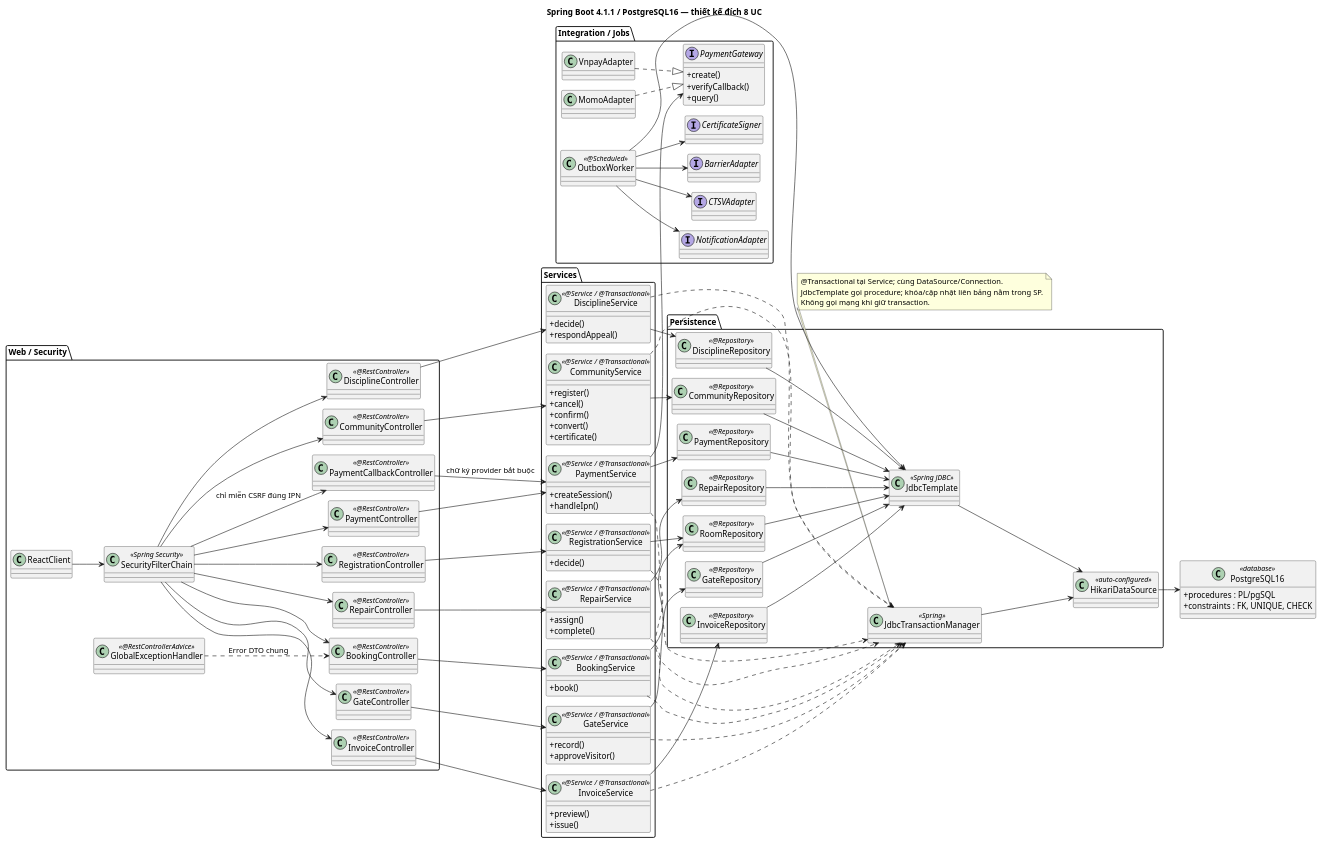
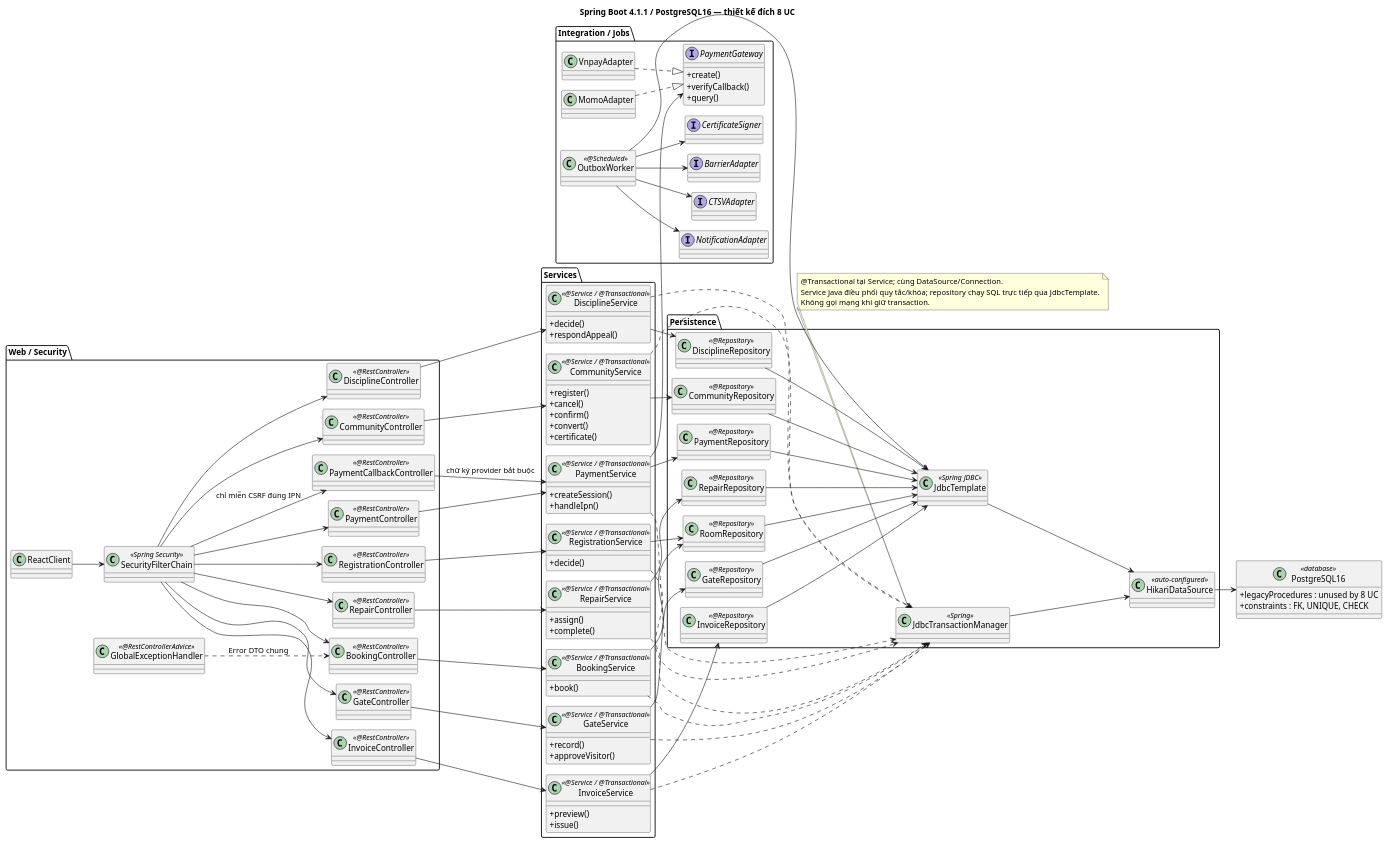
Before and after one commit to caohoangphucs/hoc-cnpm: the diagram in docs/demo/class-diagrams/architecture.puml, drawn with PlantUML. The commit also changed 49 other files, not shown here.

```diff
--- a/docs/demo/class-diagrams/architecture.puml
+++ b/docs/demo/class-diagrams/architecture.puml
@@ -1,144 +1,144 @@
 @startuml
 !pragma layout smetana
 skinparam classAttributeIconSize 0
 left to right direction
 title Spring Boot 4.1.1 / PostgreSQL16 — thiết kế đích 8 UC
 package "Web / Security" {
  class ReactClient
  class SecurityFilterChain <<Spring Security>>
  class GlobalExceptionHandler <<@RestControllerAdvice>>
  class BookingController <<@RestController>>
  class RegistrationController <<@RestController>>
  class InvoiceController <<@RestController>>
  class PaymentController <<@RestController>>
  class RepairController <<@RestController>>
  class GateController <<@RestController>>
  class DisciplineController <<@RestController>>
  class CommunityController <<@RestController>>
  class PaymentCallbackController <<@RestController>>
 }
 package "Services" {
  class BookingService <<@Service / @Transactional>> {
  +book()
 }
  class RegistrationService <<@Service / @Transactional>> {
  +decide()
 }
  class InvoiceService <<@Service / @Transactional>> {
  +preview()
  +issue()
 }
  class PaymentService <<@Service / @Transactional>> {
  +createSession()
  +handleIpn()
 }
  class RepairService <<@Service / @Transactional>> {
  +assign()
  +complete()
 }
  class GateService <<@Service / @Transactional>> {
  +record()
  +approveVisitor()
 }
  class DisciplineService <<@Service / @Transactional>> {
  +decide()
  +respondAppeal()
 }
  class CommunityService <<@Service / @Transactional>> {
  +register()
  +cancel()
  +confirm()
  +convert()
  +certificate()
 }
 }
 package "Persistence" {
  class RoomRepository <<@Repository>>
  class InvoiceRepository <<@Repository>>
  class PaymentRepository <<@Repository>>
  class RepairRepository <<@Repository>>
  class GateRepository <<@Repository>>
  class DisciplineRepository <<@Repository>>
  class CommunityRepository <<@Repository>>
  class JdbcTemplate <<Spring JDBC>>
  class JdbcTransactionManager <<Spring>>
  class HikariDataSource <<auto-configured>>
 }
 package "Integration / Jobs" {
  interface PaymentGateway {
   +create()
   +verifyCallback()
   +query()
  }
  class VnpayAdapter
  class MomoAdapter
  class OutboxWorker <<@Scheduled>>
  interface NotificationAdapter
  interface CTSVAdapter
  interface BarrierAdapter
  interface CertificateSigner
 }
 class PostgreSQL16 <<database>> {
- +procedures : PL/pgSQL
+ +legacyProcedures : unused by 8 UC
  +constraints : FK, UNIQUE, CHECK
 }
 ReactClient --> SecurityFilterChain
 SecurityFilterChain --> BookingController
 BookingController --> BookingService
 BookingService --> RoomRepository
 BookingService ..> JdbcTransactionManager
 SecurityFilterChain --> RegistrationController
 RegistrationController --> RegistrationService
 RegistrationService --> RoomRepository
 RegistrationService ..> JdbcTransactionManager
 SecurityFilterChain --> InvoiceController
 InvoiceController --> InvoiceService
 InvoiceService --> InvoiceRepository
 InvoiceService ..> JdbcTransactionManager
 SecurityFilterChain --> PaymentController
 PaymentController --> PaymentService
 PaymentService --> PaymentRepository
 PaymentService ..> JdbcTransactionManager
 SecurityFilterChain --> RepairController
 RepairController --> RepairService
 RepairService --> RepairRepository
 RepairService ..> JdbcTransactionManager
 SecurityFilterChain --> GateController
 GateController --> GateService
 GateService --> GateRepository
 GateService ..> JdbcTransactionManager
 SecurityFilterChain --> DisciplineController
 DisciplineController --> DisciplineService
 DisciplineService --> DisciplineRepository
 DisciplineService ..> JdbcTransactionManager
 SecurityFilterChain --> CommunityController
 CommunityController --> CommunityService
 CommunityService --> CommunityRepository
 CommunityService ..> JdbcTransactionManager
 RoomRepository --> JdbcTemplate
 InvoiceRepository --> JdbcTemplate
 PaymentRepository --> JdbcTemplate
 RepairRepository --> JdbcTemplate
 GateRepository --> JdbcTemplate
 DisciplineRepository --> JdbcTemplate
 CommunityRepository --> JdbcTemplate
 SecurityFilterChain --> PaymentCallbackController : chỉ miễn CSRF đúng IPN
 PaymentCallbackController --> PaymentService : chữ ký provider bắt buộc
 PaymentService --> PaymentGateway
 VnpayAdapter ..|> PaymentGateway
 MomoAdapter ..|> PaymentGateway
 JdbcTemplate --> HikariDataSource
 JdbcTransactionManager --> HikariDataSource
 HikariDataSource --> PostgreSQL16
 OutboxWorker --> JdbcTemplate
 OutboxWorker --> NotificationAdapter
 OutboxWorker --> CTSVAdapter
 OutboxWorker --> BarrierAdapter
 OutboxWorker --> CertificateSigner
 GlobalExceptionHandler ..> BookingController : Error DTO chung
 note bottom of JdbcTransactionManager
  @Transactional tại Service; cùng DataSource/Connection.
- JdbcTemplate gọi procedure; khóa/cập nhật liên bảng nằm trong SP.
+ Service Java điều phối quy tắc/khóa; repository chạy SQL trực tiếp qua JdbcTemplate.
  Không gọi mạng khi giữ transaction.
 end note
 @enduml
```
